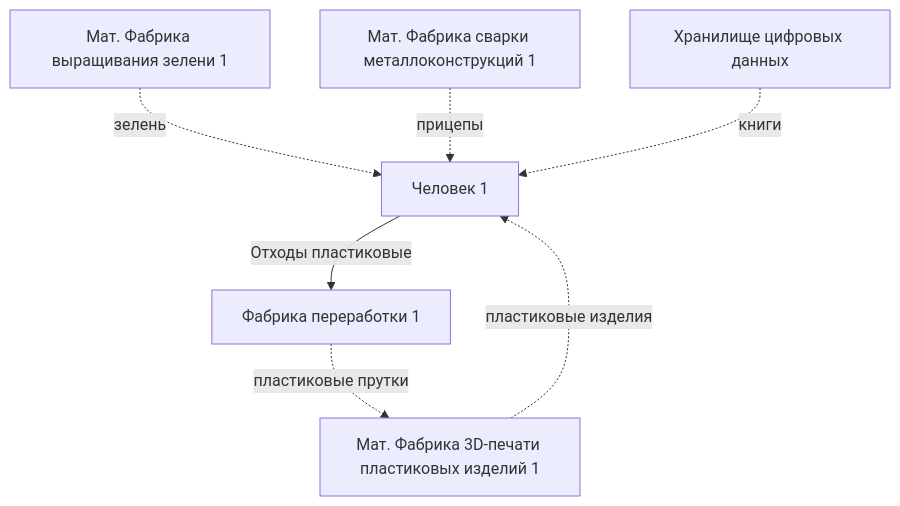
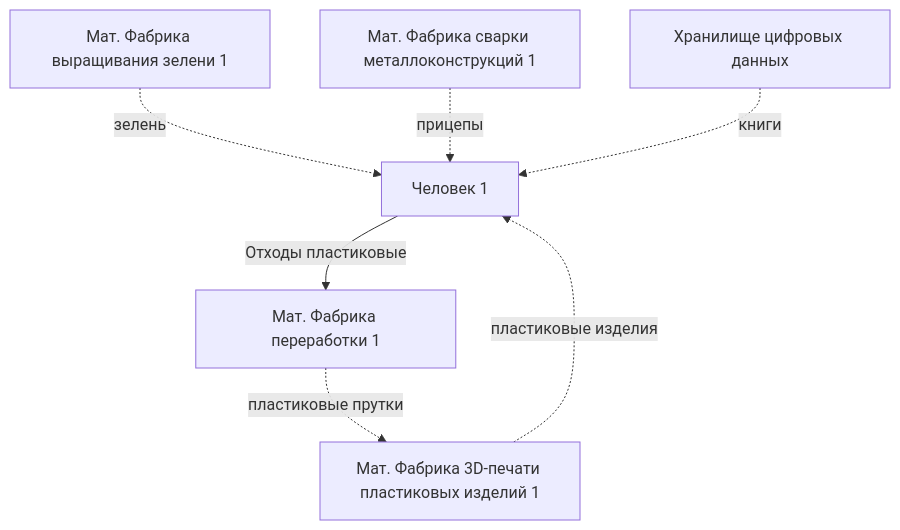
One commit to shyzik93/settlement_charter changed the diagram in ТекущийЭкономическийБазис.md. Above: the diagram before and after it, drawn with Mermaid. The commit also changed other lines of this file, not shown here.

````diff
--- a/ТекущийЭкономическийБазис.md
+++ b/ТекущийЭкономическийБазис.md
@@ -25,9 +25,9 @@
 ```mermaid
 flowchart TD
-    A[Человек 1] --> |Отходы пластиковые|B[Фабрика переработки 1]
+    A[Человек 1] --> |Отходы пластиковые|B[Мат. Фабрика переработки 1]
     C[Мат. Фабрика выращивания зелени 1] -.-> |зелень|A
     D[Мат. Фабрика сварки металлоконструкций 1] -.-> |прицепы|A
     G[Хранилище цифровых данных] -.-> |книги|A
     H[Мат. Фабрика 3D-печати пластиковых изделий 1] -.-> |пластиковые изделия|A
     B -.-> |пластиковые прутки|H
 ```
````
